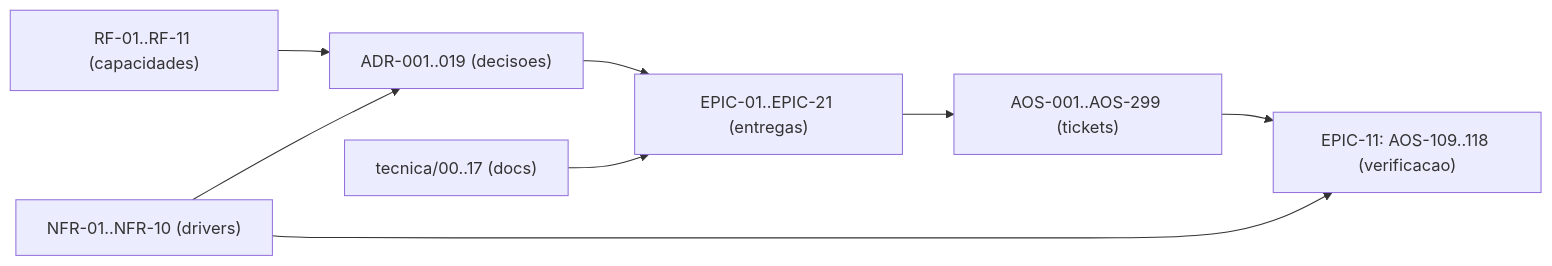
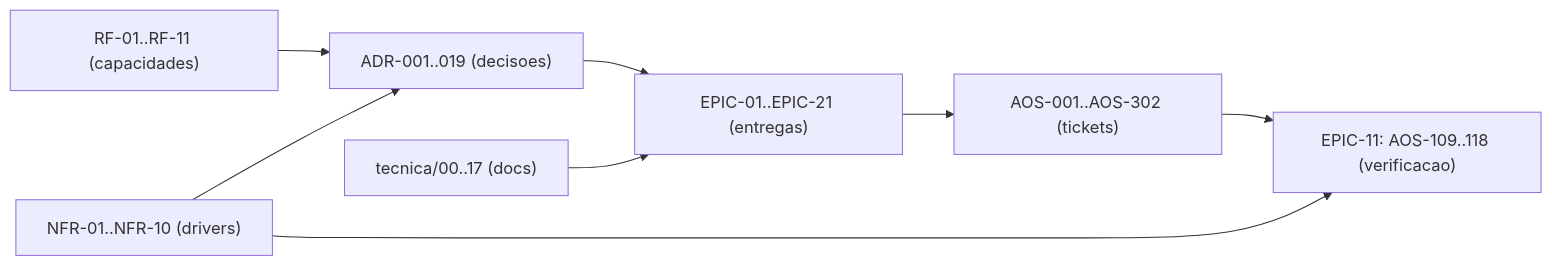
Before and after one commit to albinoJimy/aos: the diagram in tecnica/16_Rastreabilidade_RTM.md, drawn with Mermaid. The commit also changed other lines of this file and 4 other files, not shown here.

First line of the commit message:
docs(EPIC-21): os três residuais da remediação ganham ticket — AOS-300..302

````diff
--- a/tecnica/16_Rastreabilidade_RTM.md
+++ b/tecnica/16_Rastreabilidade_RTM.md
@@ -172,10 +172,10 @@
 ```mermaid
 flowchart LR
     RF["RF-01..RF-11 (capacidades)"] --> ADR["ADR-001..019 (decisoes)"]
     NFR["NFR-01..NFR-10 (drivers)"] --> ADR
     ADR --> EPIC["EPIC-01..EPIC-21 (entregas)"]
-    EPIC --> TICK["AOS-001..AOS-299 (tickets)"]
+    EPIC --> TICK["AOS-001..AOS-302 (tickets)"]
     DOC["tecnica/00..17 (docs)"] --> EPIC
     TICK --> TEST["EPIC-11: AOS-109..118 (verificacao)"]
     NFR --> TEST
 ```
````
